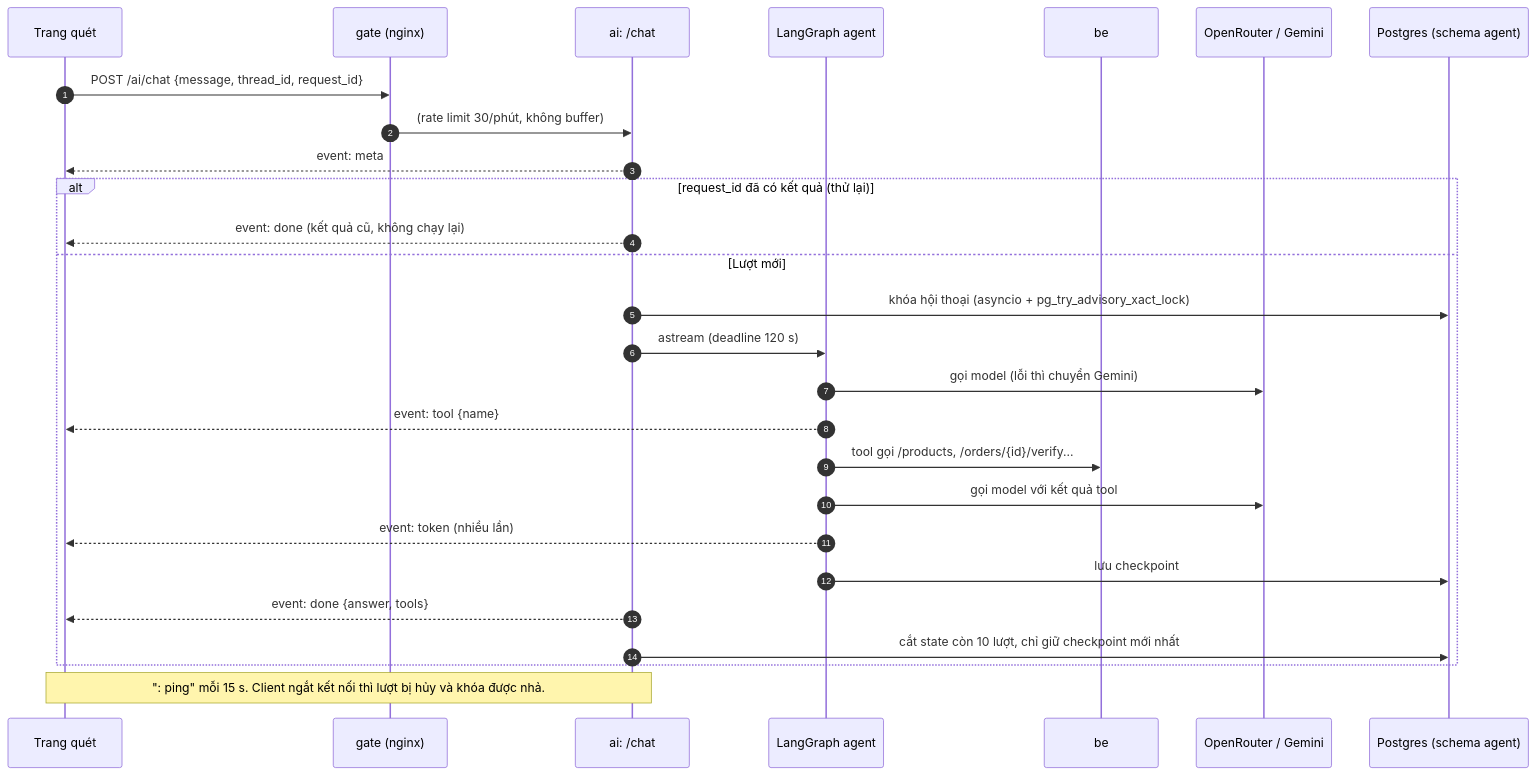
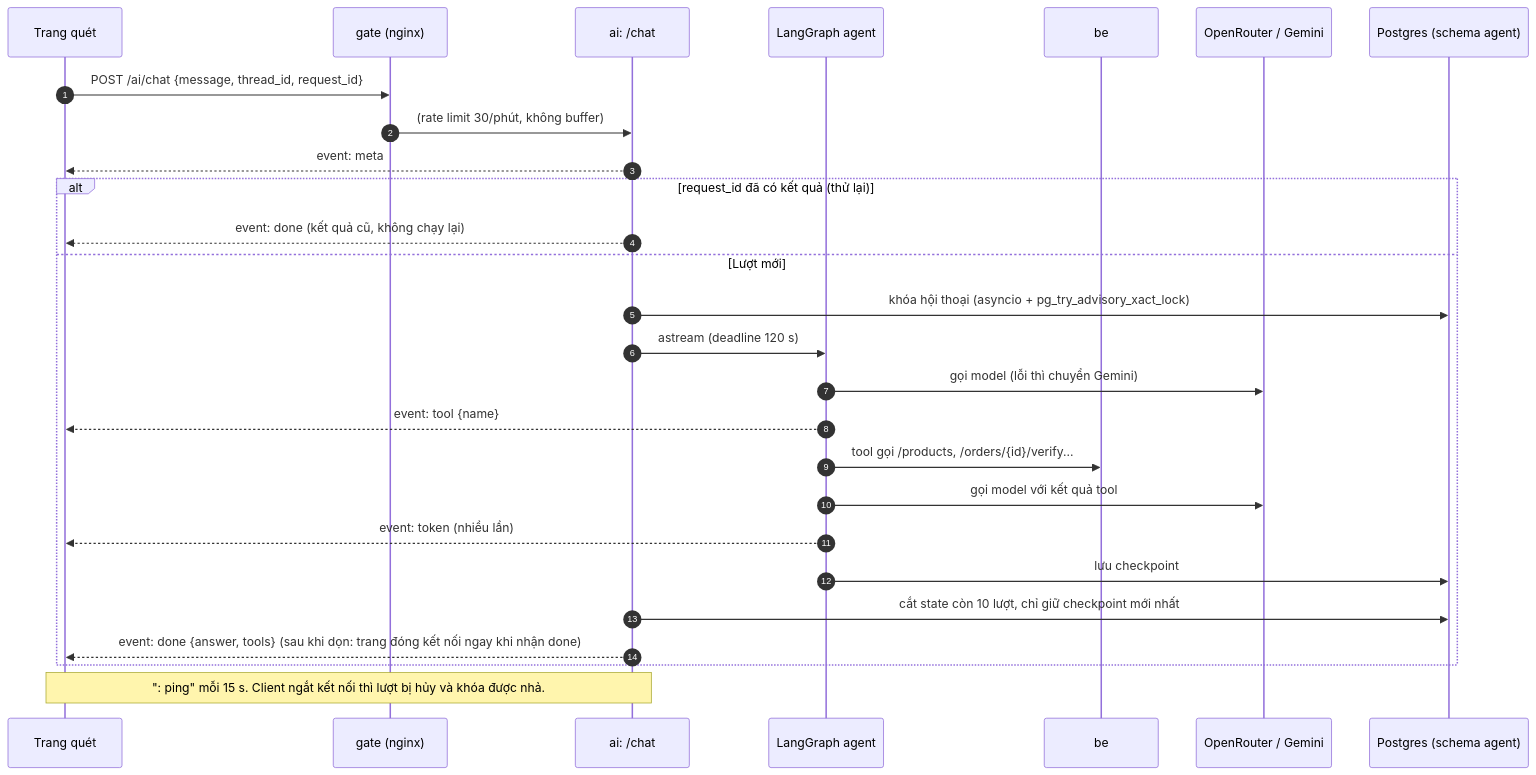
Before and after one commit to vu-wspace/barcode_chatbot: the third of 5 diagrams in README.md, drawn with Mermaid. The commit also changed other lines of this file and 10 other files, not shown here.

````diff
--- a/README.md
+++ b/README.md
@@ -104,30 +106,30 @@
 ```mermaid
 sequenceDiagram
     autonumber
     participant FE as Trang quét
     participant G as gate (nginx)
     participant API as ai: /chat
     participant LG as LangGraph agent
     participant BE as be
     participant LLM as OpenRouter / Gemini
     participant PG as Postgres (schema agent)
 
     FE->>G: POST /ai/chat {message, thread_id, request_id}
     G->>API: (rate limit 30/phút, không buffer)
     API-->>FE: event: meta
     alt request_id đã có kết quả (thử lại)
         API-->>FE: event: done (kết quả cũ, không chạy lại)
     else Lượt mới
         API->>PG: khóa hội thoại (asyncio + pg_try_advisory_xact_lock)
         API->>LG: astream (deadline 120 s)
         LG->>LLM: gọi model (lỗi thì chuyển Gemini)
         LG-->>FE: event: tool {name}
         LG->>BE: tool gọi /products, /orders/{id}/verify...
         LG->>LLM: gọi model với kết quả tool
         LG-->>FE: event: token (nhiều lần)
         LG->>PG: lưu checkpoint
-        API-->>FE: event: done {answer, tools}
         API->>PG: cắt state còn 10 lượt, chỉ giữ checkpoint mới nhất
+        API-->>FE: event: done {answer, tools} (sau khi dọn: trang đóng kết nối ngay khi nhận done)
     end
     Note over FE,API: ": ping" mỗi 15 s. Client ngắt kết nối thì lượt bị hủy và khóa được nhả.
 ```
````
